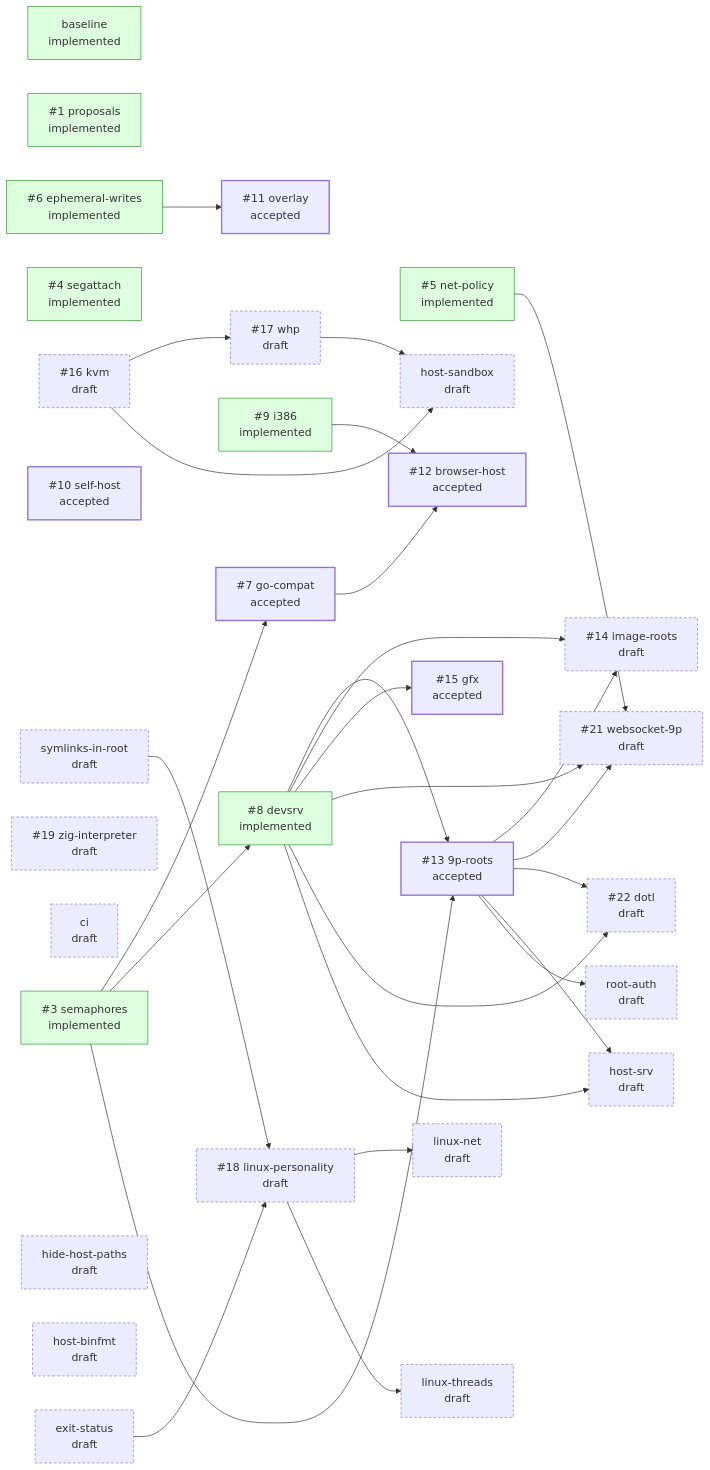
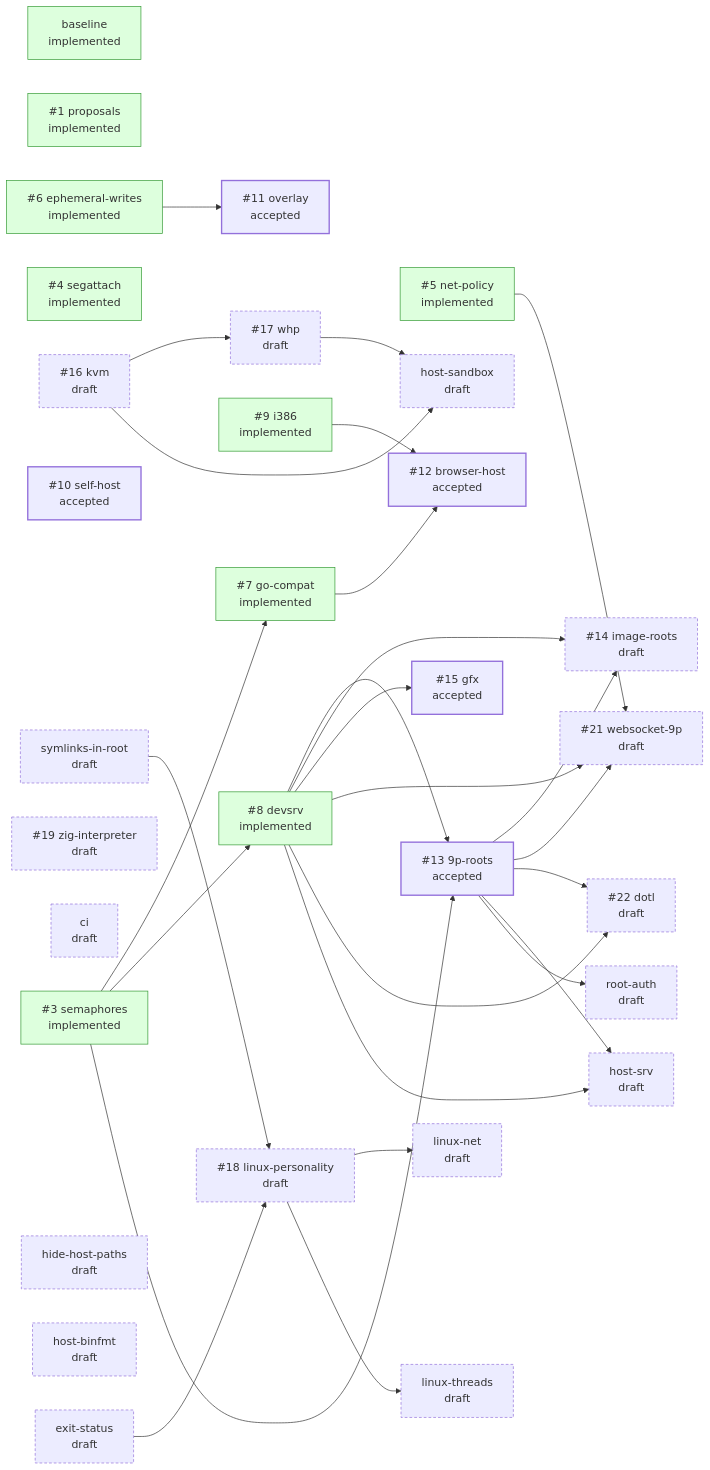
One commit to progrium/hyper9 changed the diagram in README.md. Above: the diagram before and after it, drawn with Mermaid. The commit also changed other lines of this file and 4 other files, not shown here.

First line of the commit message:
Mark go-compat implemented; fix notes missing a blocking call

````diff
--- a/README.md
+++ b/README.md
@@ -48,63 +48,63 @@
 ```mermaid
 flowchart LR
   classDef draft stroke-dasharray: 4 3
   classDef accepted stroke-width: 2px
   classDef implemented fill:#dfd,stroke:#393
   classDef closed fill:#eee,stroke:#999,color:#777
   p_baseline["baseline<br/>implemented"]:::implemented
   p_proposals["#35;1 proposals<br/>implemented"]:::implemented
   p_semaphores["#35;3 semaphores<br/>implemented"]:::implemented
   p_segattach["#35;4 segattach<br/>implemented"]:::implemented
   p_net_policy["#35;5 net-policy<br/>implemented"]:::implemented
   p_ephemeral_writes["#35;6 ephemeral-writes<br/>implemented"]:::implemented
-  p_go_compat["#35;7 go-compat<br/>accepted"]:::accepted
+  p_go_compat["#35;7 go-compat<br/>implemented"]:::implemented
   p_devsrv["#35;8 devsrv<br/>implemented"]:::implemented
   p_i386["#35;9 i386<br/>implemented"]:::implemented
   p_self_host["#35;10 self-host<br/>accepted"]:::accepted
   p_overlay["#35;11 overlay<br/>accepted"]:::accepted
   p_browser_host["#35;12 browser-host<br/>accepted"]:::accepted
   p_9p_roots["#35;13 9p-roots<br/>accepted"]:::accepted
   p_image_roots["#35;14 image-roots<br/>draft"]:::draft
   p_gfx["#35;15 gfx<br/>accepted"]:::accepted
   p_kvm["#35;16 kvm<br/>draft"]:::draft
   p_whp["#35;17 whp<br/>draft"]:::draft
   p_linux_personality["#35;18 linux-personality<br/>draft"]:::draft
   p_zig_interpreter["#35;19 zig-interpreter<br/>draft"]:::draft
   p_websocket_9p["#35;21 websocket-9p<br/>draft"]:::draft
   p_dotl["#35;22 dotl<br/>draft"]:::draft
   p_ci["ci<br/>draft"]:::draft
   p_exit_status["exit-status<br/>draft"]:::draft
   p_hide_host_paths["hide-host-paths<br/>draft"]:::draft
   p_host_binfmt["host-binfmt<br/>draft"]:::draft
   p_host_sandbox["host-sandbox<br/>draft"]:::draft
   p_host_srv["host-srv<br/>draft"]:::draft
   p_linux_net["linux-net<br/>draft"]:::draft
   p_linux_threads["linux-threads<br/>draft"]:::draft
   p_root_auth["root-auth<br/>draft"]:::draft
   p_symlinks_in_root["symlinks-in-root<br/>draft"]:::draft
   p_semaphores --> p_go_compat
   p_semaphores --> p_devsrv
   p_ephemeral_writes --> p_overlay
   p_go_compat --> p_browser_host
   p_i386 --> p_browser_host
   p_semaphores --> p_9p_roots
   p_devsrv --> p_9p_roots
   p_devsrv --> p_image_roots
   p_9p_roots --> p_image_roots
   p_devsrv --> p_gfx
   p_kvm --> p_whp
   p_symlinks_in_root --> p_linux_personality
   p_exit_status --> p_linux_personality
   p_net_policy --> p_websocket_9p
   p_devsrv --> p_websocket_9p
   p_9p_roots --> p_websocket_9p
   p_devsrv --> p_dotl
   p_9p_roots --> p_dotl
   p_kvm --> p_host_sandbox
   p_whp --> p_host_sandbox
   p_devsrv --> p_host_srv
   p_9p_roots --> p_host_srv
   p_linux_personality --> p_linux_net
   p_linux_personality --> p_linux_threads
   p_9p_roots --> p_root_auth
 ```
````
